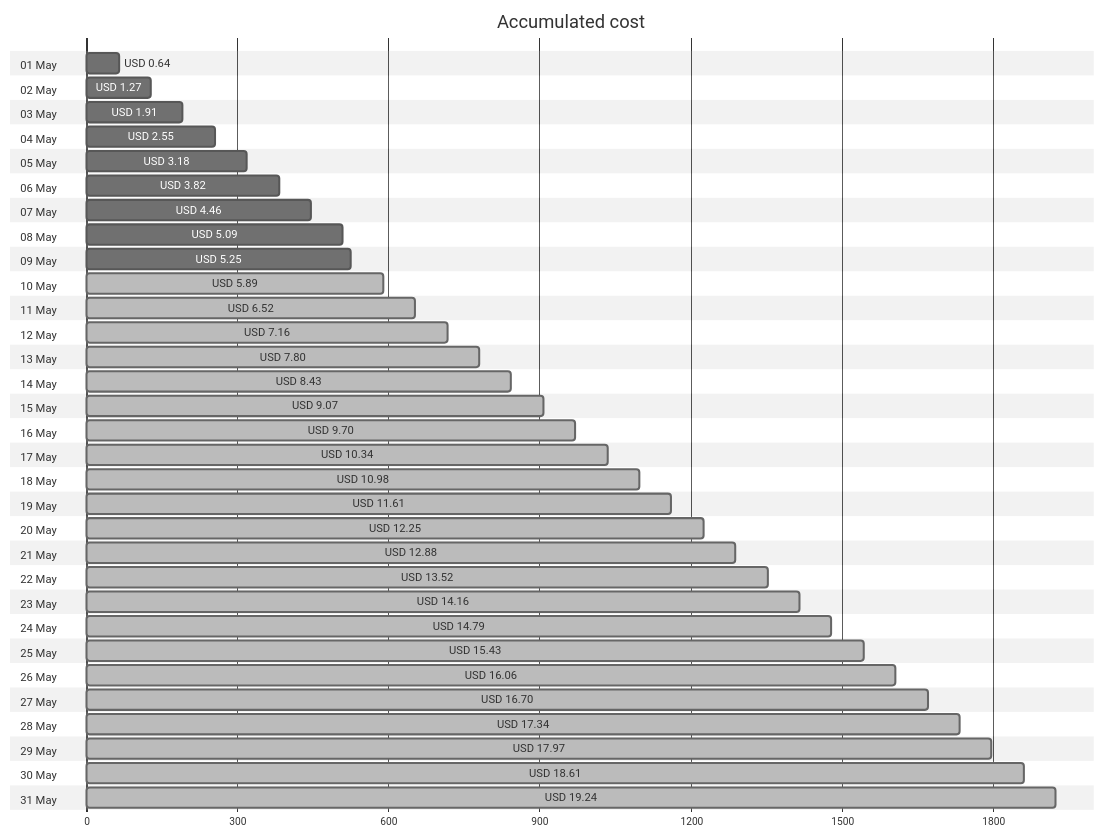
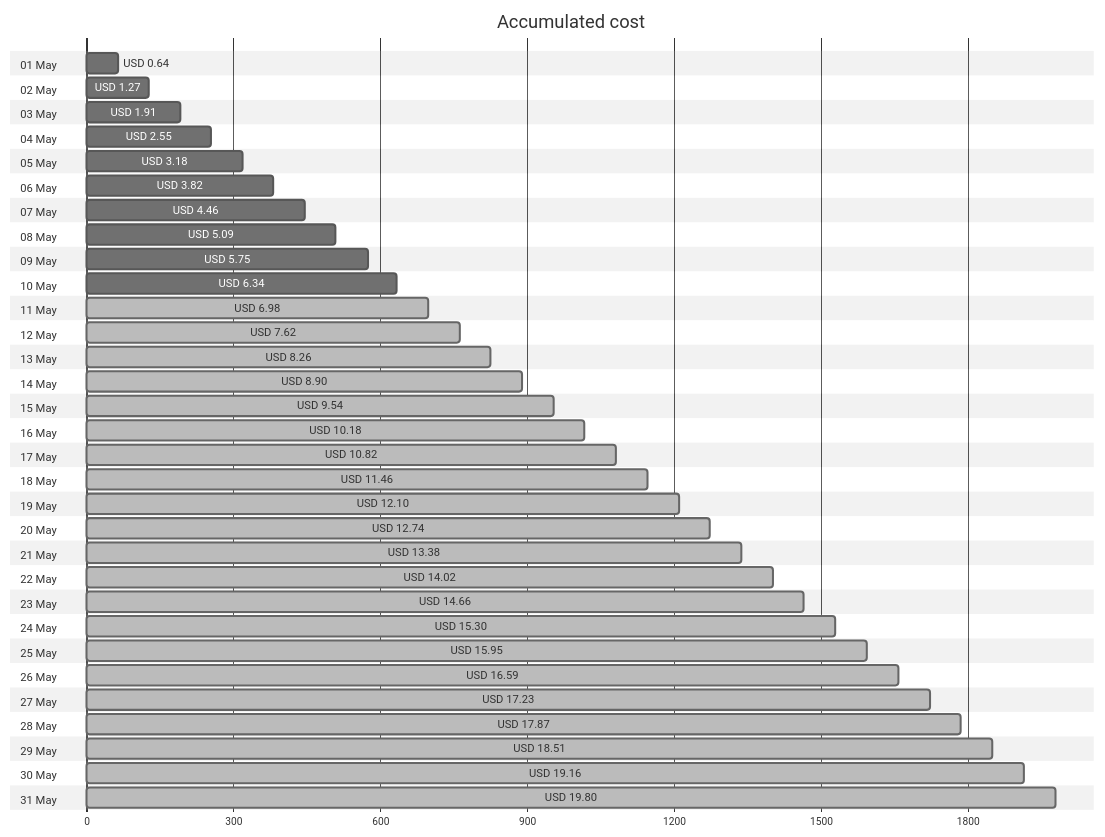
One commit to jpfulton/azure-personal-reports changed the first of 4 diagrams in cost-reports/accumulated-cost.md. Above: the diagram before and after it, drawn with Mermaid (neutral theme). The commit also changed other lines of this file and 4 other files, not shown here.

````diff
--- a/cost-reports/accumulated-cost.md
+++ b/cost-reports/accumulated-cost.md
@@ -20,68 +20,68 @@
 ```mermaid
 gantt
    title Accumulated cost
    dateFormat  X
    axisFormat %s
    section 01 May
    USD 0.64 :0, 64
    section 02 May
    USD 1.27 :0, 127
    section 03 May
    USD 1.91 :0, 191
    section 04 May
    USD 2.55 :0, 255
    section 05 May
    USD 3.18 :0, 318
    section 06 May
    USD 3.82 :0, 382
    section 07 May
    USD 4.46 :0, 446
    section 08 May
    USD 5.09 :0, 509
    section 09 May
-   USD 5.25 :0, 525
+   USD 5.75 :0, 575
    section 10 May
-   USD 5.89 : done, 0, 589
+   USD 6.34 :0, 634
    section 11 May
-   USD 6.52 : done, 0, 652
+   USD 6.98 : done, 0, 698
    section 12 May
-   USD 7.16 : done, 0, 716
+   USD 7.62 : done, 0, 762
    section 13 May
-   USD 7.80 : done, 0, 780
+   USD 8.26 : done, 0, 826
    section 14 May
-   USD 8.43 : done, 0, 843
+   USD 8.90 : done, 0, 890
    section 15 May
-   USD 9.07 : done, 0, 907
+   USD 9.54 : done, 0, 954
    section 16 May
-   USD 9.70 : done, 0, 970
+   USD 10.18 : done, 0, 1018
    section 17 May
-   USD 10.34 : done, 0, 1034
+   USD 10.82 : done, 0, 1082
    section 18 May
-   USD 10.98 : done, 0, 1098
+   USD 11.46 : done, 0, 1146
    section 19 May
-   USD 11.61 : done, 0, 1161
+   USD 12.10 : done, 0, 1210
    section 20 May
-   USD 12.25 : done, 0, 1225
+   USD 12.74 : done, 0, 1274
    section 21 May
-   USD 12.88 : done, 0, 1288
+   USD 13.38 : done, 0, 1338
    section 22 May
-   USD 13.52 : done, 0, 1352
+   USD 14.02 : done, 0, 1402
    section 23 May
-   USD 14.16 : done, 0, 1416
+   USD 14.66 : done, 0, 1466
    section 24 May
-   USD 14.79 : done, 0, 1479
+   USD 15.30 : done, 0, 1530
    section 25 May
-   USD 15.43 : done, 0, 1543
+   USD 15.95 : done, 0, 1595
    section 26 May
-   USD 16.06 : done, 0, 1606
+   USD 16.59 : done, 0, 1659
    section 27 May
-   USD 16.70 : done, 0, 1670
+   USD 17.23 : done, 0, 1723
    section 28 May
-   USD 17.34 : done, 0, 1734
+   USD 17.87 : done, 0, 1787
    section 29 May
-   USD 17.97 : done, 0, 1797
+   USD 18.51 : done, 0, 1851
    section 30 May
-   USD 18.61 : done, 0, 1861
+   USD 19.16 : done, 0, 1916
    section 31 May
-   USD 19.24 : done, 0, 1924
+   USD 19.80 : done, 0, 1980
 ```
````
